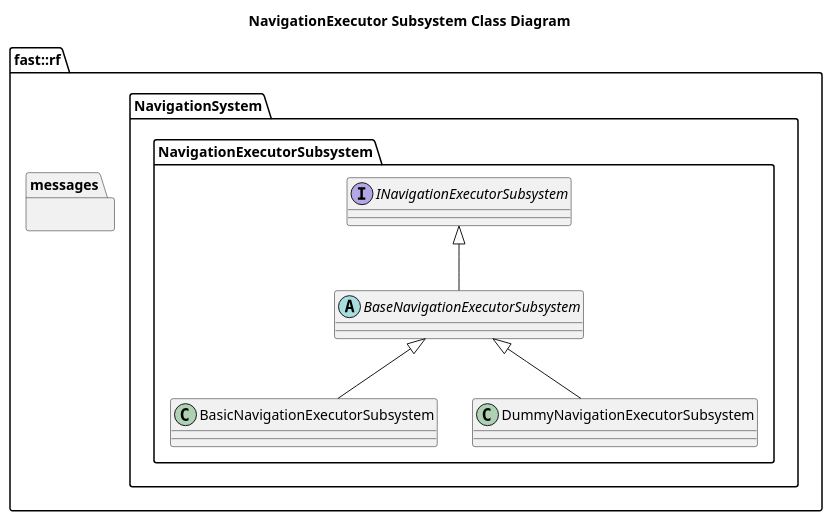
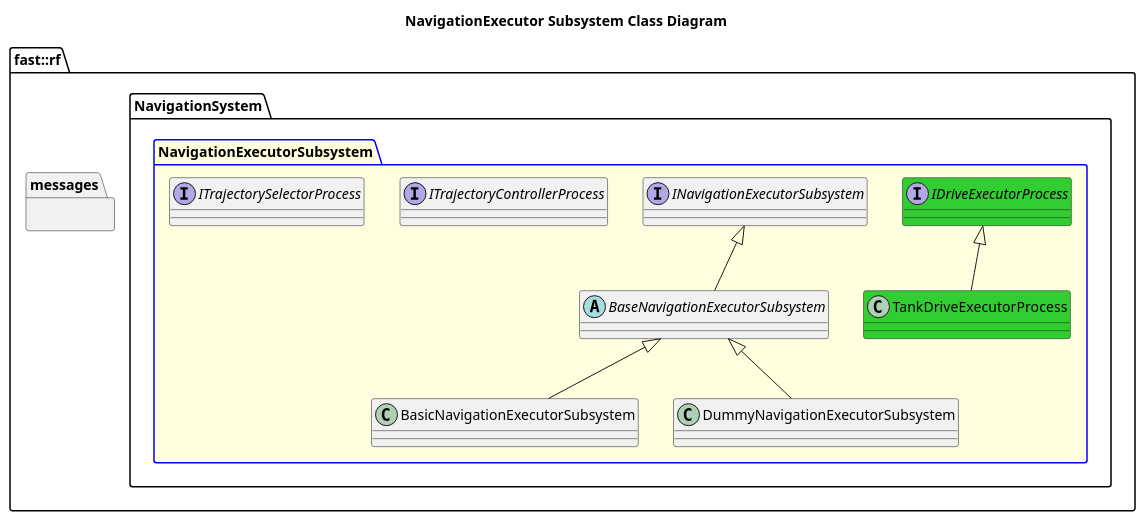
Before and after one commit to fastrobotics/robot_framework: the diagram in Systems/Navigation/Subsystems/NavigationExecutor/doc/puml/NavigationExecutorSubsystemClassDiagram.puml, drawn with PlantUML. The commit also changed 64 other files, not shown here.

```diff
--- a/Systems/Navigation/Subsystems/NavigationExecutor/doc/puml/NavigationExecutorSubsystemClassDiagram.puml
+++ b/Systems/Navigation/Subsystems/NavigationExecutor/doc/puml/NavigationExecutorSubsystemClassDiagram.puml
@@ -1,24 +1,29 @@
 @startuml
 title NavigationExecutor Subsystem Class Diagram
 namespace fast::rf {
   namespace messages {
   }
   namespace NavigationSystem {
-    namespace NavigationExecutorSubsystem {
+    package NavigationExecutorSubsystem #LightYellow;line:blue {
       interface INavigationExecutorSubsystem {
 
       }
       abstract BaseNavigationExecutorSubsystem {
 
       }
       BaseNavigationExecutorSubsystem -up-|> INavigationExecutorSubsystem
       class BasicNavigationExecutorSubsystem {
       }
       BasicNavigationExecutorSubsystem -up-|> BaseNavigationExecutorSubsystem
       class DummyNavigationExecutorSubsystem {
       }
       DummyNavigationExecutorSubsystem -up-|> BaseNavigationExecutorSubsystem
+      interface IDriveExecutorProcess #LimeGreen
+      class TankDriveExecutorProcess #LimeGreen
+      TankDriveExecutorProcess -up-|> IDriveExecutorProcess
+      interface ITrajectoryControllerProcess
+      interface ITrajectorySelectorProcess
     }
   }
 }
 @enduml
```
